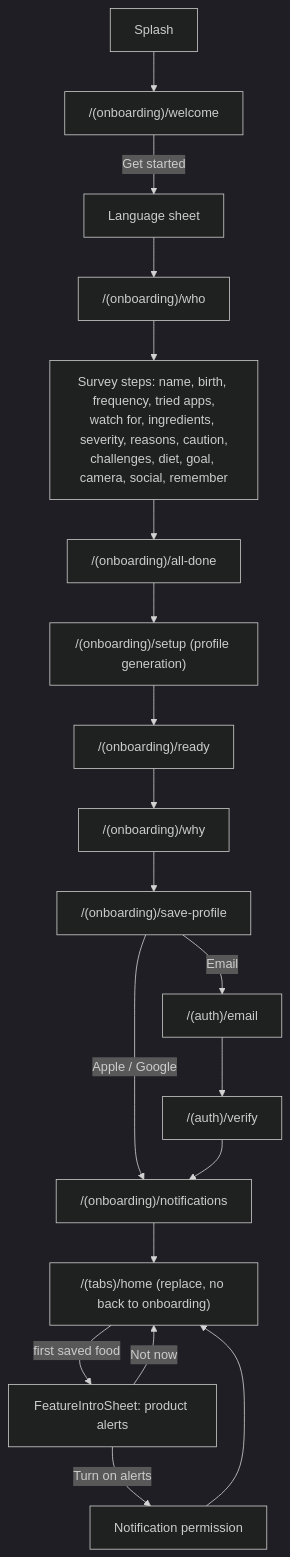
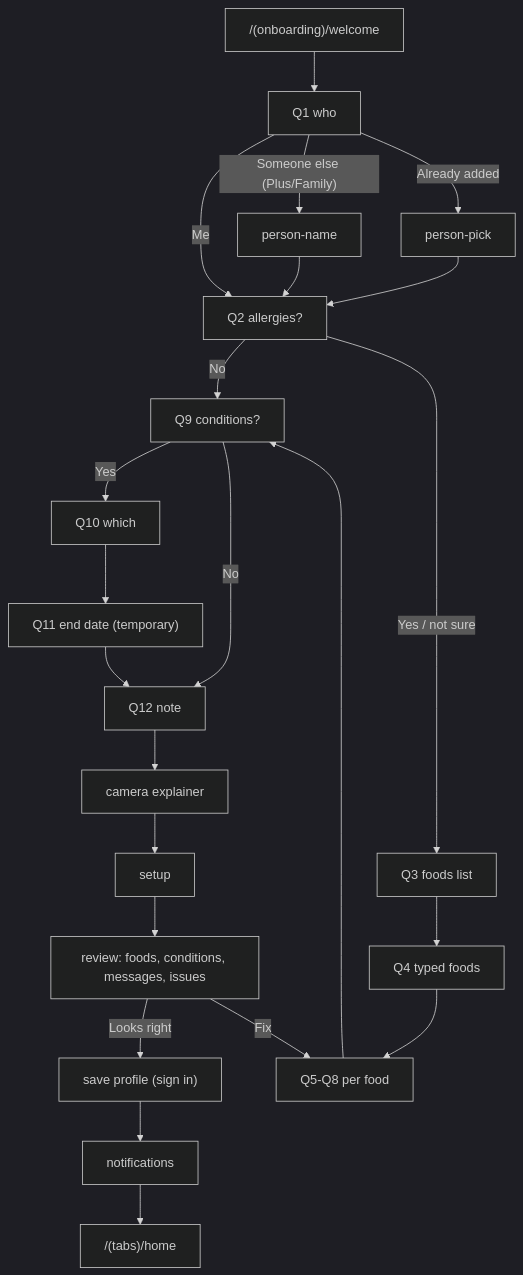
One commit to officialjwise/alergy-frontend changed the first of 13 diagrams in docs/USER_FLOWS.md. Above: the diagram before and after it, drawn with Mermaid (dark theme). The commit also changed other lines of this file and 99 other files, not shown here.

First line of the commit message:
feat(onboarding): replace the survey with the onboarding questionnaire

````diff
--- a/docs/USER_FLOWS.md
+++ b/docs/USER_FLOWS.md
@@ -8,18 +8,13 @@
 ```mermaid
 flowchart TD
-  Splash --> Welcome["/(onboarding)/welcome"]
-  Welcome -->|Get started| Language[Language sheet]
-  Language --> Who["/(onboarding)/who"]
-  Who --> Survey[Survey steps: name, birth, frequency, tried apps,\nwatch for, ingredients, severity, reasons, caution,\nchallenges, diet, goal, camera, social, remember]
-  Survey --> AllDone["/(onboarding)/all-done"]
-  AllDone --> Setup["/(onboarding)/setup (profile generation)"]
-  Setup --> Ready["/(onboarding)/ready"]
-  Ready --> Why["/(onboarding)/why"]
-  Why --> Save["/(onboarding)/save-profile"]
-  Save -->|Apple / Google| Notif["/(onboarding)/notifications"]
-  Save -->|Email| Email["/(auth)/email"] --> Verify["/(auth)/verify"] --> Notif
-  Notif --> Home["/(tabs)/home (replace, no back to onboarding)"]
-  Home -->|first saved food| Intro[FeatureIntroSheet: product alerts]
-  Intro -->|Turn on alerts| Permission[Notification permission] --> Home
-  Intro -->|Not now| Home
+  W["/(onboarding)/welcome"] --> Q1["Q1 who"] -->|Me| Q2["Q2 allergies?"]
+  Q1 -->|"Someone else (Plus/Family)"| N["person-name"] --> Q2
+  Q1 -->|"Already added"| P["person-pick"] --> Q2
+  Q2 -->|No| Q9
+  Q2 -->|"Yes / not sure"| Q3["Q3 foods list"] --> Q4["Q4 typed foods"] --> F["Q5-Q8 per food"] --> Q9["Q9 conditions?"]
+  Q9 -->|Yes| Q10["Q10 which"] --> Q11["Q11 end date (temporary)"] --> Q12
+  Q9 -->|No| Q12["Q12 note"]
+  Q12 --> C["camera explainer"] --> S["setup"] --> R["review: foods, conditions, messages, issues"]
+  R -->|"Looks right"| SP["save profile (sign in)"] --> NP["notifications"] --> H["/(tabs)/home"]
+  R -->|Fix| F
 ```
````
